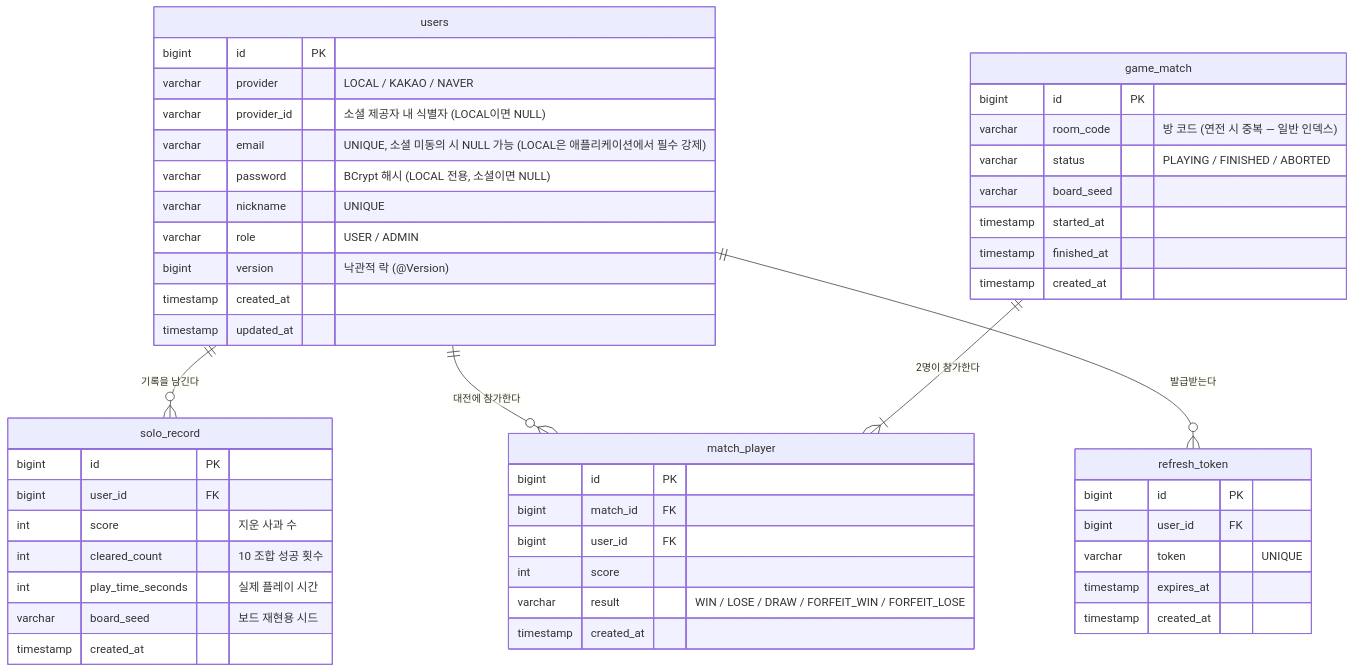
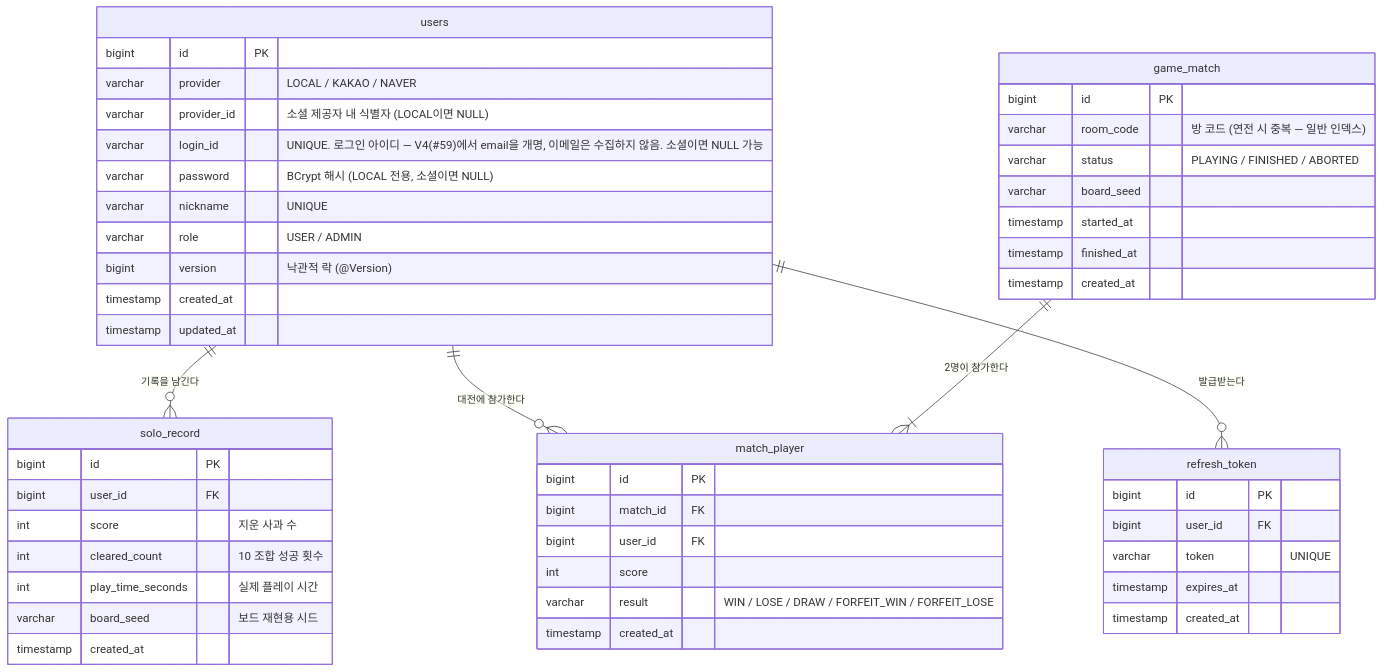
The diagram in docs/ERD.md (weeast1521/MyAppleGame), drawn with Mermaid before and after one commit. The commit also changed other lines of this file and 3 other files, not shown here.

First line of the commit message:
docs: API·ERD·README·INFRA 를 아이디 기준으로 — #59 A안 결정 반영

````diff
--- a/docs/ERD.md
+++ b/docs/ERD.md
@@ -13,58 +13,58 @@
 ```mermaid
 erDiagram
     users ||--o{ solo_record : "기록을 남긴다"
     users ||--o{ match_player : "대전에 참가한다"
     game_match ||--|{ match_player : "2명이 참가한다"
 
     users {
         bigint id PK
         varchar provider "LOCAL / KAKAO / NAVER"
         varchar provider_id "소셜 제공자 내 식별자 (LOCAL이면 NULL)"
-        varchar email "UNIQUE, 소셜 미동의 시 NULL 가능 (LOCAL은 애플리케이션에서 필수 강제)"
+        varchar login_id "UNIQUE. 로그인 아이디 — V4(#59)에서 email을 개명, 이메일은 수집하지 않음. 소셜이면 NULL 가능"
         varchar password "BCrypt 해시 (LOCAL 전용, 소셜이면 NULL)"
         varchar nickname "UNIQUE"
         varchar role "USER / ADMIN"
         bigint version "낙관적 락 (@Version)"
         timestamp created_at
         timestamp updated_at
     }
 
     refresh_token {
         bigint id PK
         bigint user_id FK
         varchar token "UNIQUE"
         timestamp expires_at
         timestamp created_at
     }
 
     users ||--o{ refresh_token : "발급받는다"
 
     solo_record {
         bigint id PK
         bigint user_id FK
         int score "지운 사과 수"
         int cleared_count "10 조합 성공 횟수"
         int play_time_seconds "실제 플레이 시간"
         varchar board_seed "보드 재현용 시드"
         timestamp created_at
     }
 
     game_match {
         bigint id PK
         varchar room_code "방 코드 (연전 시 중복 — 일반 인덱스)"
         varchar status "PLAYING / FINISHED / ABORTED"
         varchar board_seed
         timestamp started_at
         timestamp finished_at
         timestamp created_at
     }
 
     match_player {
         bigint id PK
         bigint match_id FK
         bigint user_id FK
         int score
         varchar result "WIN / LOSE / DRAW / FORFEIT_WIN / FORFEIT_LOSE"
         timestamp created_at
     }
 ```
````
